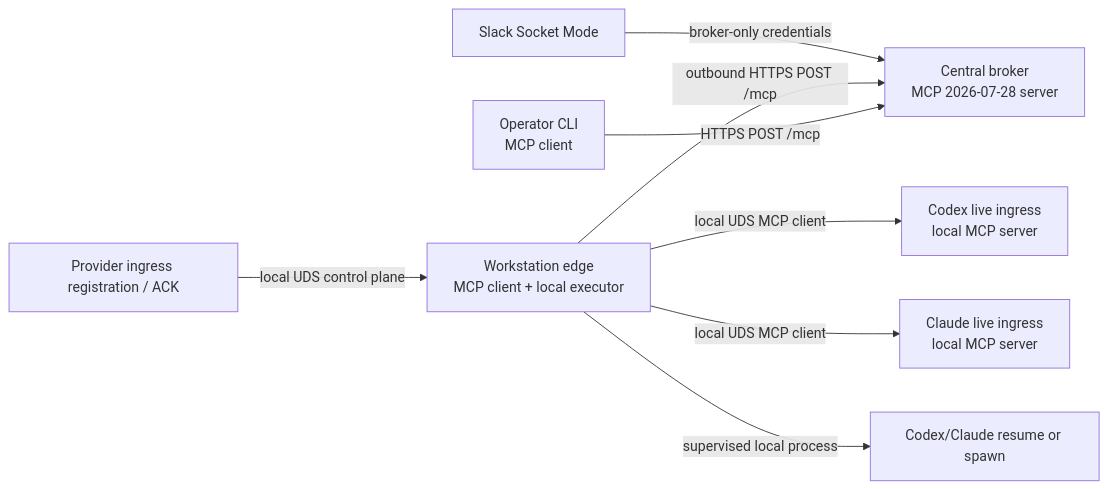
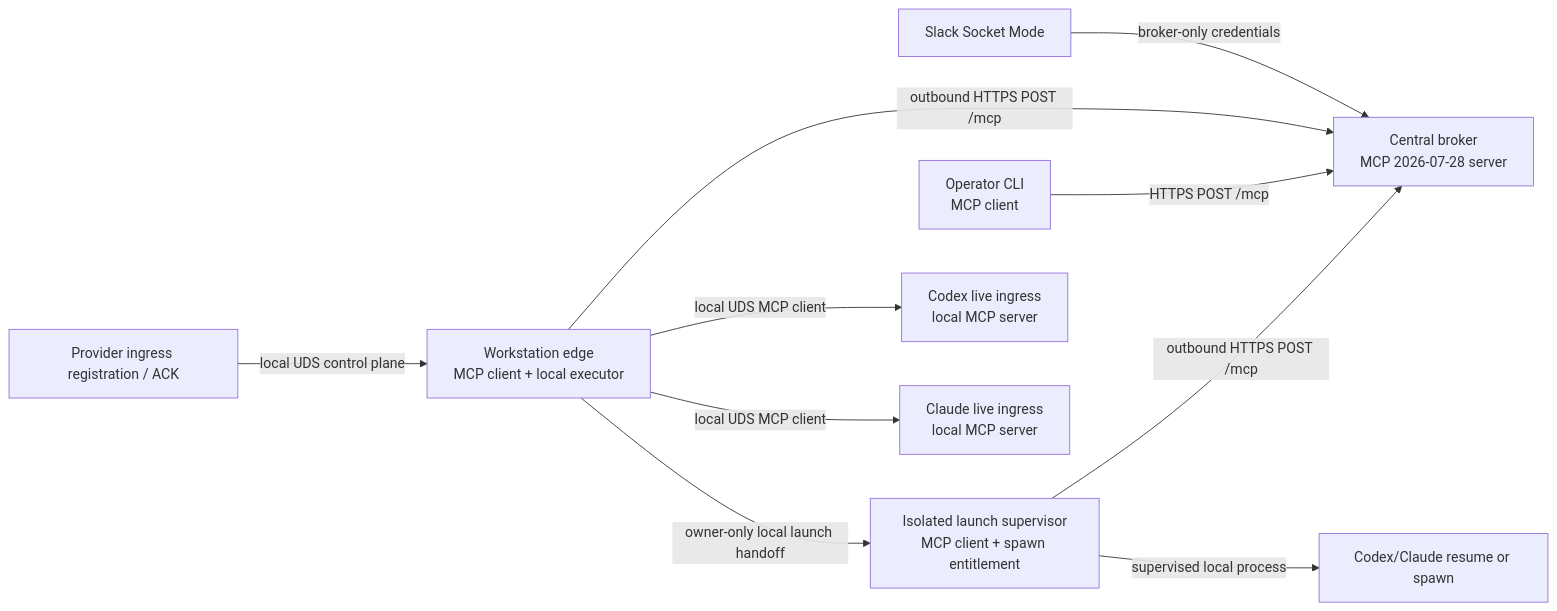
The first of 2 diagrams in docs/adr/0002-stateless-mcp-capability-plane.md (Skrates/hive), drawn with Mermaid before and after one commit. The commit also changed other lines of this file and 1 other file, not shown here.

Commit message:
docs(adr): close exact-head MCP review gaps

````diff
--- a/docs/adr/0002-stateless-mcp-capability-plane.md
+++ b/docs/adr/0002-stateless-mcp-capability-plane.md
@@ -48,10 +48,12 @@
 ```mermaid
 flowchart LR
   Slack["Slack Socket Mode"] -->|broker-only credentials| Broker["Central broker\nMCP 2026-07-28 server"]
   Edge["Workstation edge\nMCP client + local executor"] -->|"outbound HTTPS POST /mcp"| Broker
+  Supervisor["Isolated launch supervisor\nMCP client + spawn entitlement"] -->|"outbound HTTPS POST /mcp"| Broker
   CLI["Operator CLI\nMCP client"] -->|"HTTPS POST /mcp"| Broker
   Edge -->|"local UDS MCP client"| Codex["Codex live ingress\nlocal MCP server"]
   Edge -->|"local UDS MCP client"| Claude["Claude live ingress\nlocal MCP server"]
-  Edge -->|"supervised local process"| Headless["Codex/Claude resume or spawn"]
+  Edge -->|"owner-only local launch handoff"| Supervisor
+  Supervisor -->|"supervised local process"| Headless["Codex/Claude resume or spawn"]
   Provider["Provider ingress registration / ACK"] -->|"local UDS control plane"| Edge
 ```
````
